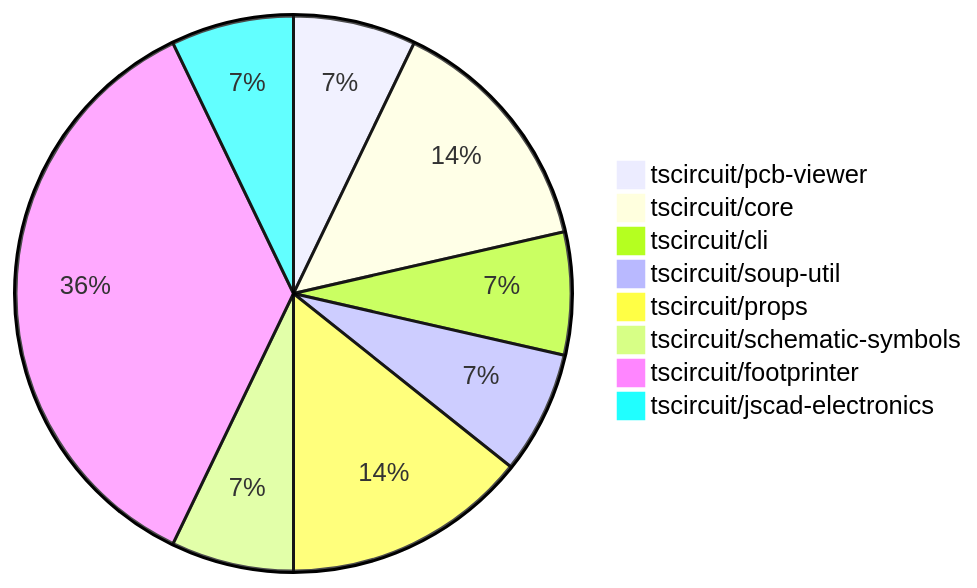
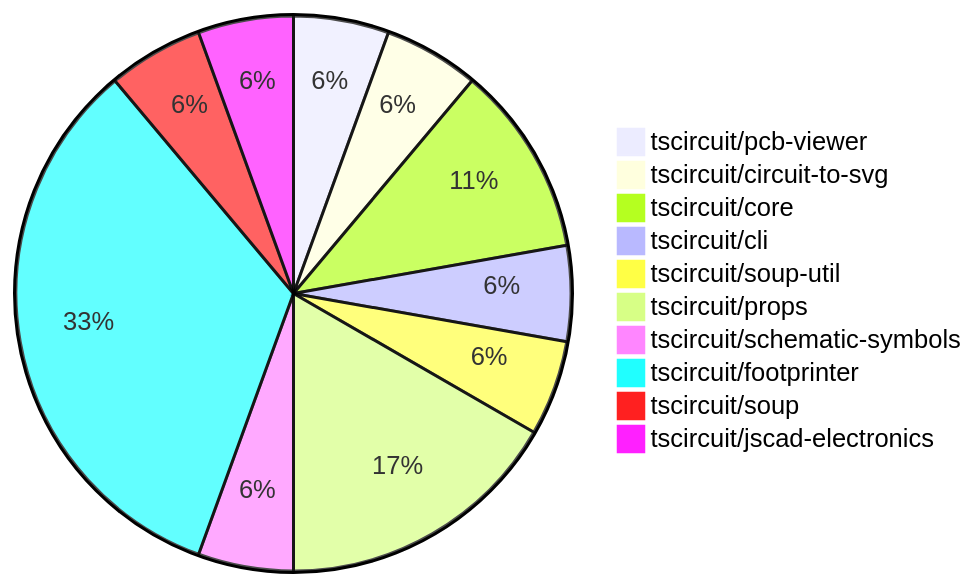
The diagram in README.md (tscircuit/contribution-tracker), drawn with Mermaid before and after one commit. The commit also changed other lines of this file and 1 other file, not shown here.

````diff
--- a/README.md
+++ b/README.md
@@ -24,11 +24,13 @@
 ```mermaid
 pie
     "tscircuit/pcb-viewer" : 1
+    "tscircuit/circuit-to-svg" : 1
     "tscircuit/core" : 2
     "tscircuit/cli" : 1
     "tscircuit/soup-util" : 1
-    "tscircuit/props" : 2
+    "tscircuit/props" : 3
     "tscircuit/schematic-symbols" : 1
-    "tscircuit/footprinter" : 5
+    "tscircuit/footprinter" : 6
+    "tscircuit/soup" : 1
     "tscircuit/jscad-electronics" : 1
 ```
````
